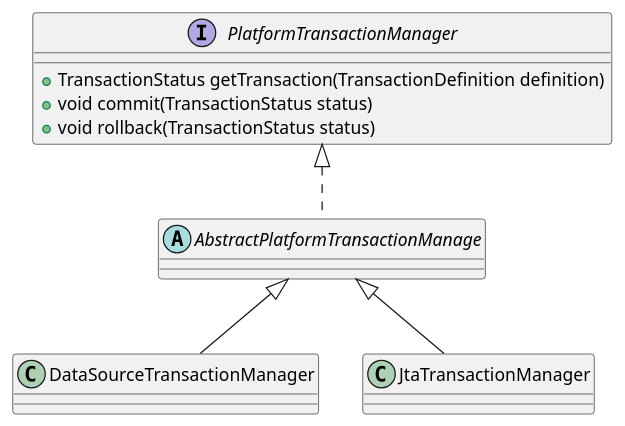
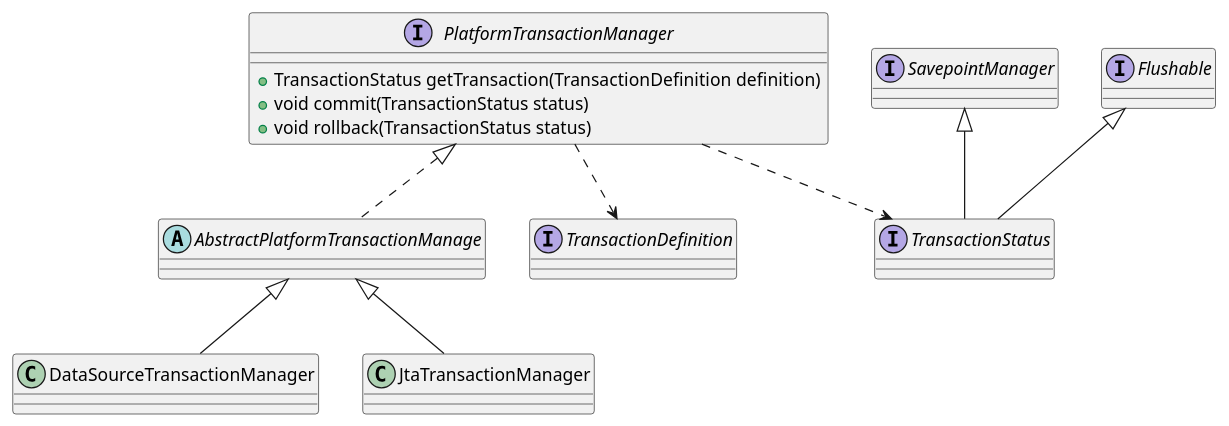
One commit to onlyonion/development changed the diagram in 20-framework/src/spring/spring-tx/transaction/PlatformTransactionManager.md. Above: the diagram before and after it, drawn with PlantUML. The commit also changed other lines of this file and 31 other files, not shown here.

````diff
--- a/20-framework/src/spring/spring-tx/transaction/PlatformTransactionManager.md
+++ b/20-framework/src/spring/spring-tx/transaction/PlatformTransactionManager.md
@@ -20,20 +20,32 @@
 ```plantuml
 @startuml
 
 interface PlatformTransactionManager {
     + TransactionStatus getTransaction(TransactionDefinition definition)
     + void commit(TransactionStatus status)
     + void rollback(TransactionStatus status)
 }
 PlatformTransactionManager ^.. AbstractPlatformTransactionManage
 
+'''''''''''''''''''''''''''依赖'''''''''''''''''''''''''''
+interface TransactionDefinition
+interface TransactionStatus
+
+PlatformTransactionManager ..> TransactionDefinition
+PlatformTransactionManager ..> TransactionStatus
+
+interface SavepointManager
+interface Flushable
+SavepointManager ^-- TransactionStatus
+Flushable ^-- TransactionStatus
+
+'''''''''''''''''''''''''''实现'''''''''''''''''''''''''''
 abstract class AbstractPlatformTransactionManage
 AbstractPlatformTransactionManage ^-- DataSourceTransactionManager
 AbstractPlatformTransactionManage ^-- JtaTransactionManager
 
 class DataSourceTransactionManager
 class JtaTransactionManager
 
-
 @enduml
 ```
````
